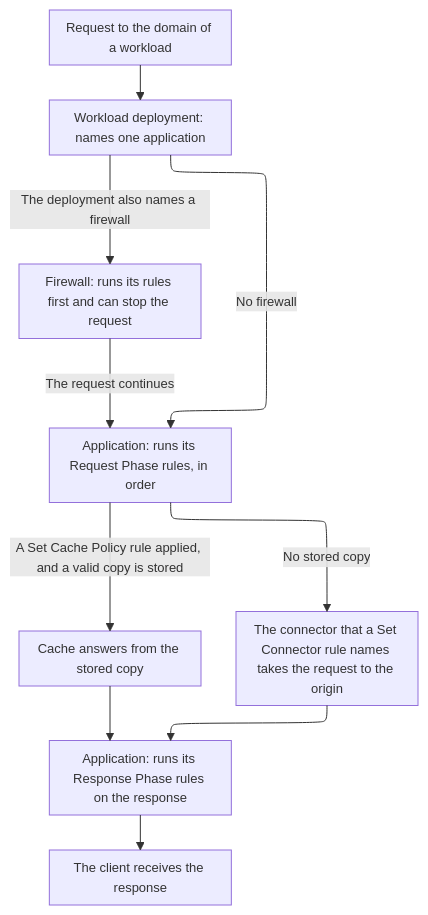
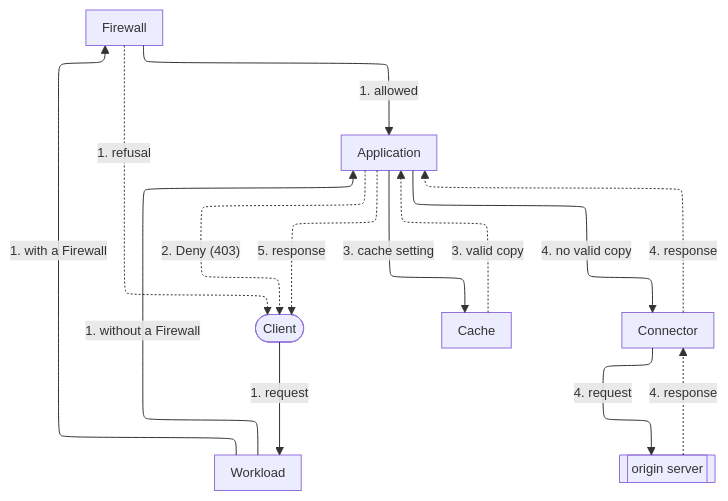
Before and after one commit to aziontech/docs: the diagram in apps/docs/src/content/docs/en/pages/main-menu/reference/build/edge-application/edge-application.mdx, drawn with Mermaid. The commit also changed other lines of this file and 91 other files, not shown here.

````diff
--- a/apps/docs/src/content/docs/en/pages/main-menu/reference/build/edge-application/edge-application.mdx
+++ b/apps/docs/src/content/docs/en/pages/main-menu/reference/build/edge-application/edge-application.mdx
@@ -65,13 +69,24 @@
 ```mermaid
-%%{init: {"layout": "elk", "themeVariables": {"fontSize": "13px"}, "flowchart": {"nodeSpacing": 24, "rankSpacing": 36, "padding": 8, "wrappingWidth": 150, "useMaxWidth": true}, "sequence": {"width": 120, "actorMargin": 30, "useMaxWidth": true}}}%%
+%%{init: {"layout": "elk", "elk": {"cycleBreakingStrategy": "MODEL_ORDER"}, "themeVariables": {"fontSize": "13px"}, "flowchart": {"nodeSpacing": 24, "rankSpacing": 36, "padding": 8, "wrappingWidth": 150, "useMaxWidth": true}, "sequence": {"width": 120, "actorMargin": 30, "useMaxWidth": true}}}%%
 flowchart TD
-  Q["Request to the domain of a workload"] --> D["Workload deployment: names one application"]
-  D -->|"The deployment also names a firewall"| FW["Firewall: runs its rules first and can stop the request"]
-  D -->|"No firewall"| R["Application: runs its Request Phase rules, in order"]
-  FW -->|"The request continues"| R
-  R -->|"A Set Cache Policy rule applied, and a valid copy is stored"| C["Cache answers from the stored copy"]
-  R -->|"No stored copy"| O["The connector that a Set Connector rule names takes the request to the origin"]
-  C --> P["Application: runs its Response Phase rules on the response"]
-  O --> P
-  P --> A["The client receives the response"]
+  Client(["Client"])
+  WL["Workload"]
+  FW["Firewall"]
+  App["Application"]
+  Cache["Cache"]
+  Conn["Connector"]
+  Origin[["origin server"]]
+  Client -->|"1. request"| WL
+  WL -->|"1. with a Firewall"| FW
+  WL -->|"1. without a Firewall"| App
+  FW -->|"1. allowed"| App
+  FW -.->|"1. refusal"| Client
+  App -.->|"2. Deny (403)"| Client
+  App -->|"3. cache setting"| Cache
+  Cache -.->|"3. valid copy"| App
+  App -->|"4. no valid copy"| Conn
+  Conn -->|"4. request"| Origin
+  Origin -.->|"4. response"| Conn
+  Conn -.->|"4. response"| App
+  App -.->|"5. response"| Client
 ```
````
